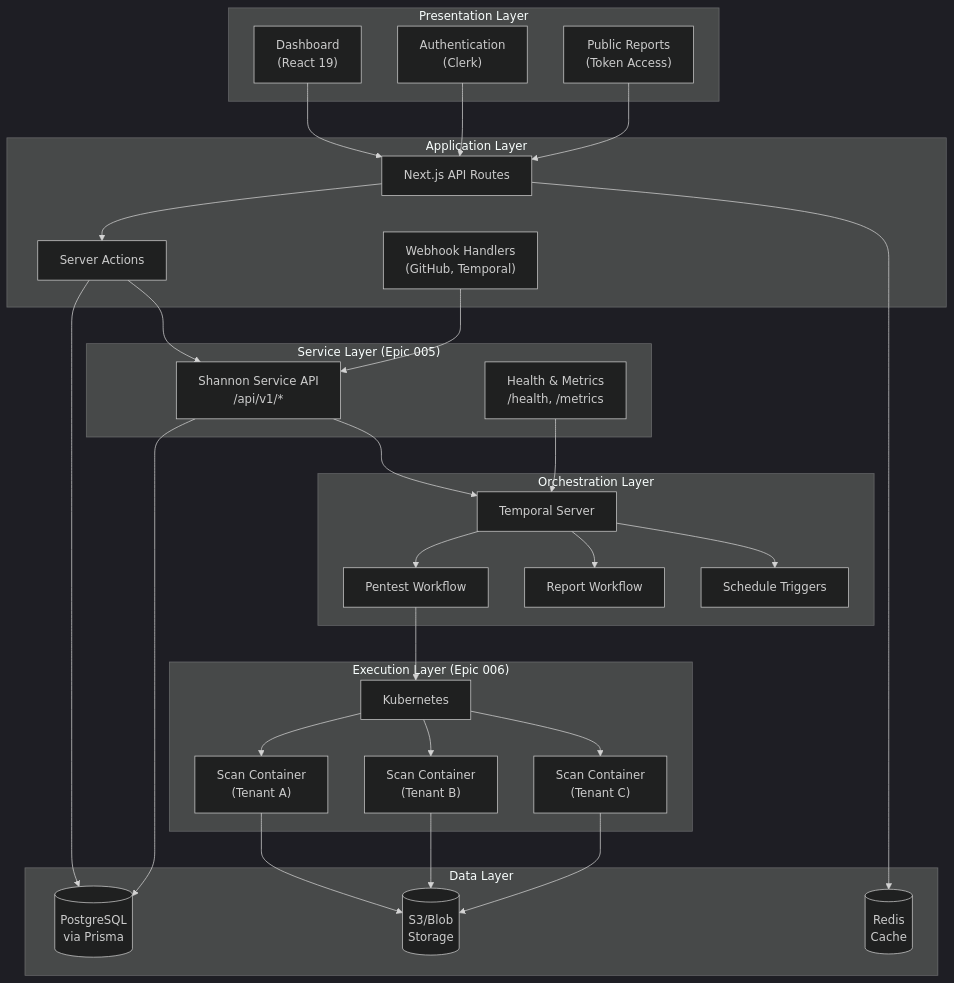
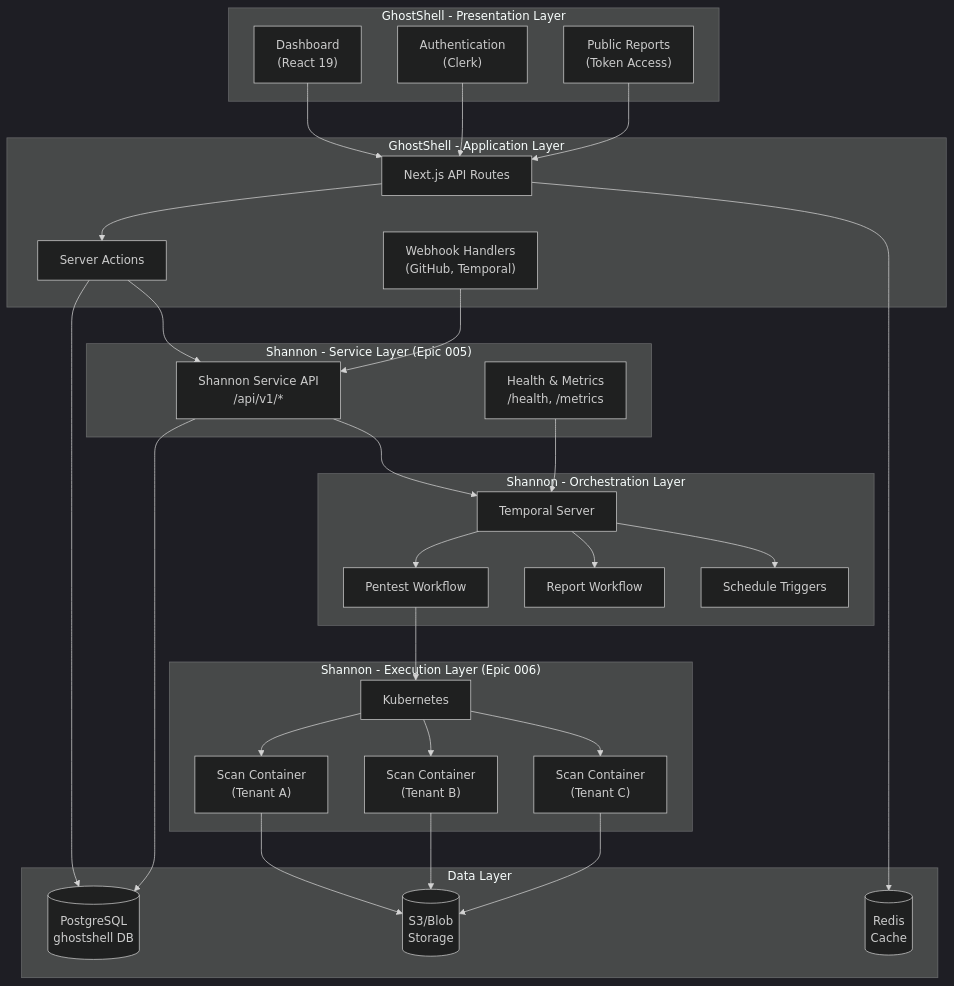
The second of 13 diagrams in .doc/saas/architecture.md (KeygraphHQ/shannon), drawn with Mermaid (dark theme) before and after one commit. The commit also changed other lines of this file and 2 other files, not shown here.

First line of the commit message:
docs(saas): update documentation to reflect monorepo structure and GhostShell naming

````diff
--- a/.doc/saas/architecture.md
+++ b/.doc/saas/architecture.md
@@ -49,61 +54,61 @@
 ```mermaid
 flowchart TB
-    subgraph Presentation["Presentation Layer"]
+    subgraph Presentation["GhostShell - Presentation Layer"]
         Dashboard["Dashboard<br/>(React 19)"]
         Auth["Authentication<br/>(Clerk)"]
         Public["Public Reports<br/>(Token Access)"]
     end
 
-    subgraph Application["Application Layer"]
+    subgraph Application["GhostShell - Application Layer"]
         API["Next.js API Routes"]
         Actions["Server Actions"]
         Webhooks["Webhook Handlers<br/>(GitHub, Temporal)"]
     end
 
-    subgraph Service["Service Layer (Epic 005)"]
+    subgraph Service["Shannon - Service Layer (Epic 005)"]
         ShannonAPI["Shannon Service API<br/>/api/v1/*"]
         Health["Health & Metrics<br/>/health, /metrics"]
     end
 
-    subgraph Orchestration["Orchestration Layer"]
+    subgraph Orchestration["Shannon - Orchestration Layer"]
         TemporalServer["Temporal Server"]
         PentestWorkflow["Pentest Workflow"]
         ReportWorkflow["Report Workflow"]
         ScheduleWorkflow["Schedule Triggers"]
     end
 
-    subgraph Execution["Execution Layer (Epic 006)"]
+    subgraph Execution["Shannon - Execution Layer (Epic 006)"]
         K8s["Kubernetes"]
         Container1["Scan Container<br/>(Tenant A)"]
         Container2["Scan Container<br/>(Tenant B)"]
         Container3["Scan Container<br/>(Tenant C)"]
     end
 
     subgraph Data["Data Layer"]
-        Postgres[(PostgreSQL<br/>via Prisma)]
+        Postgres[(PostgreSQL<br/>ghostshell DB)]
         S3[(S3/Blob<br/>Storage)]
         Redis[(Redis<br/>Cache)]
     end
 
     Dashboard --> API
     Auth --> API
     Public --> API
     API --> Actions
     Actions --> ShannonAPI
     Webhooks --> ShannonAPI
     ShannonAPI --> TemporalServer
     Health --> TemporalServer
     TemporalServer --> PentestWorkflow
     TemporalServer --> ReportWorkflow
     TemporalServer --> ScheduleWorkflow
     PentestWorkflow --> K8s
     K8s --> Container1
     K8s --> Container2
     K8s --> Container3
     Actions --> Postgres
     ShannonAPI --> Postgres
     Container1 --> S3
     Container2 --> S3
     Container3 --> S3
     API --> Redis
 ```
````
